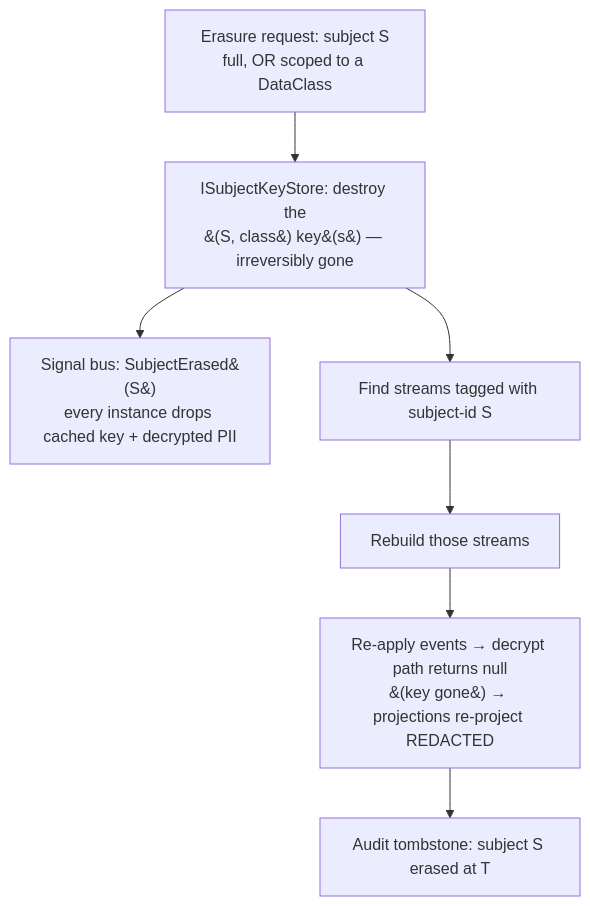
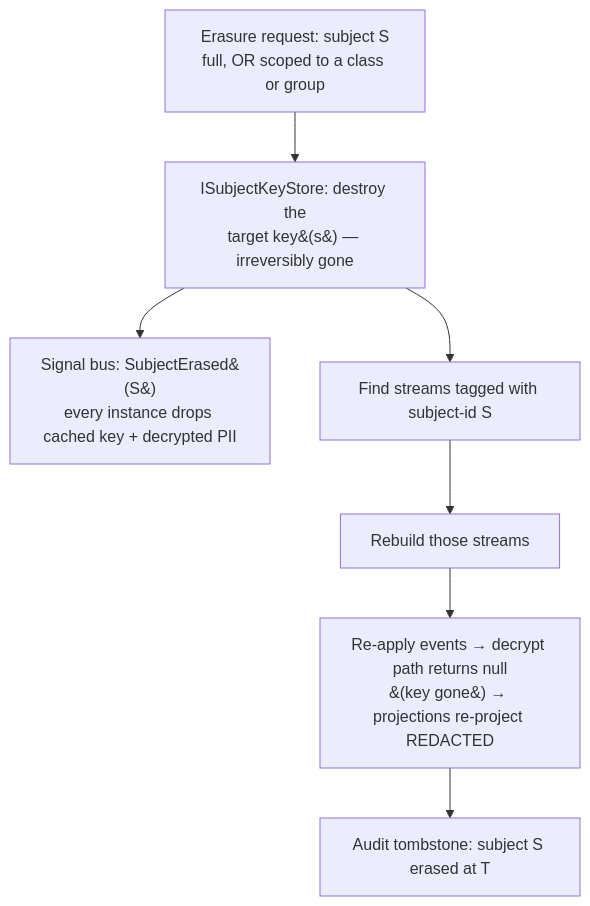
One commit to whizbang-lib/whizbang-lib.github.io changed the diagram in src/assets/docs/proposals/subject-data-protection.md. Above: the diagram before and after it, drawn with Mermaid. The commit also changed other lines of this file, not shown here.

First line of the commit message:
docs(proposal): add optional [ProtectionGroup] third key axis + DataClass.Other

````diff
--- a/src/assets/docs/proposals/subject-data-protection.md
+++ b/src/assets/docs/proposals/subject-data-protection.md
@@ -110,9 +123,9 @@
 ```mermaid
 flowchart TD
-  A[Erasure request: subject S<br/>full, OR scoped to a DataClass] --> B[ISubjectKeyStore: destroy the<br/>&#40;S, class&#41; key&#40;s&#41; — irreversibly gone]
+  A[Erasure request: subject S<br/>full, OR scoped to a class or group] --> B[ISubjectKeyStore: destroy the<br/>target key&#40;s&#41; — irreversibly gone]
   B --> C[Signal bus: SubjectErased&#40;S&#41;<br/>every instance drops cached key + decrypted PII]
   B --> D[Find streams tagged with subject-id S]
   D --> E[Rebuild those streams]
   E --> F[Re-apply events → decrypt path returns null<br/>&#40;key gone&#41; → projections re-project REDACTED]
   F --> G[Audit tombstone: subject S erased at T]
 ```
````
